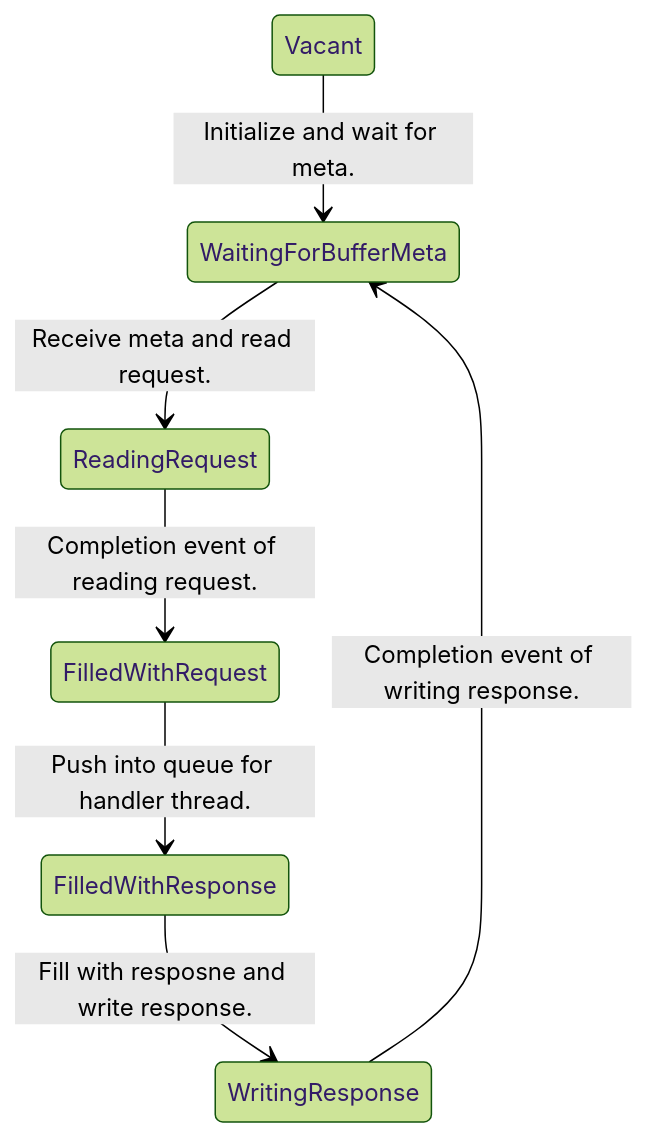
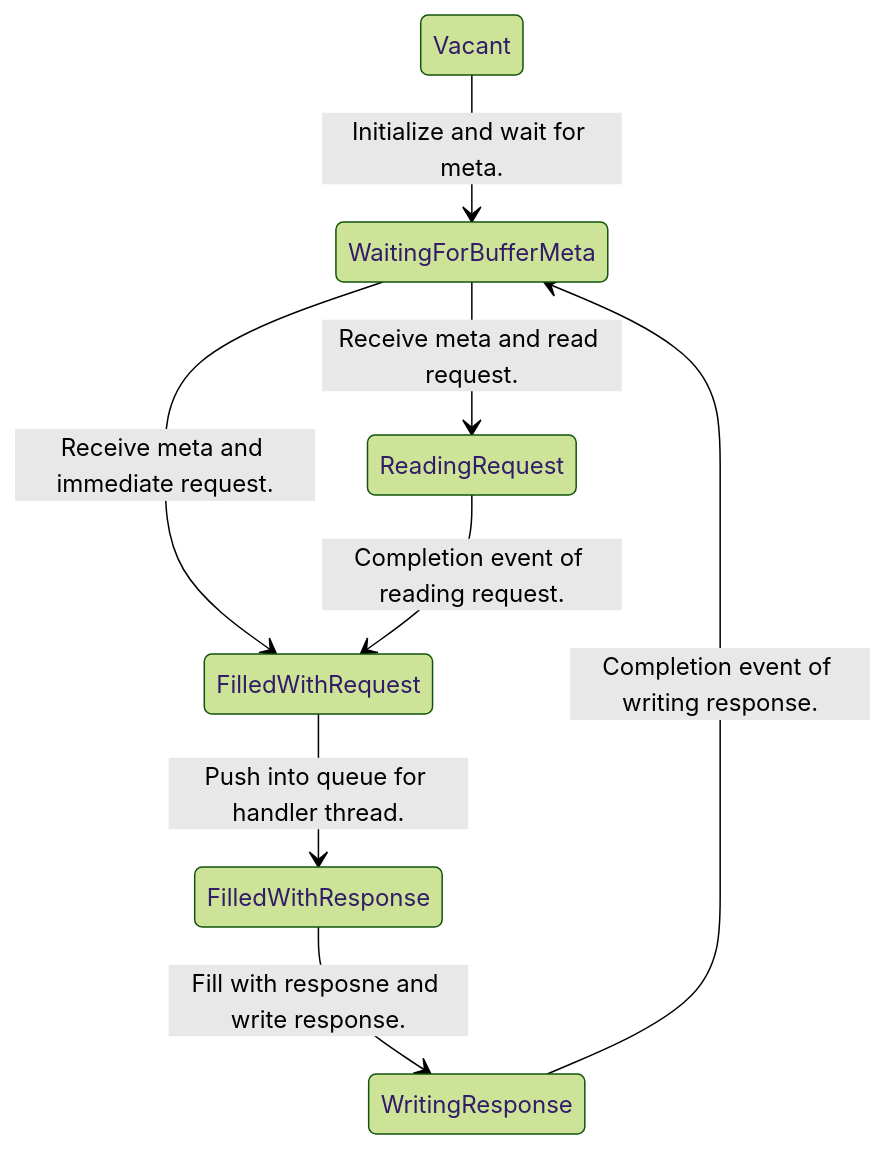
One commit to PDSL-DPU-KV/rdma-based-rpc changed the third of 3 diagrams in readme.md. Above: the diagram before and after it, drawn with Mermaid (forest theme). The commit also changed other lines of this file and 6 other files, not shown here.

````diff
--- a/readme.md
+++ b/readme.md
@@ -77,9 +77,10 @@
 ```mermaid
 stateDiagram
     Vacant --> WaitingForBufferMeta: Initialize and wait for meta.
     WaitingForBufferMeta --> ReadingRequest: Receive meta and read request.
+    WaitingForBufferMeta --> FilledWithRequest: Receive meta and immediate request.
     ReadingRequest --> FilledWithRequest: Completion event of reading request.
     FilledWithRequest --> FilledWithResponse: Push into queue for handler thread.
     FilledWithResponse --> WritingResponse: Fill with resposne and write response.
     WritingResponse --> WaitingForBufferMeta: Completion event of writing response.
 ```
````
